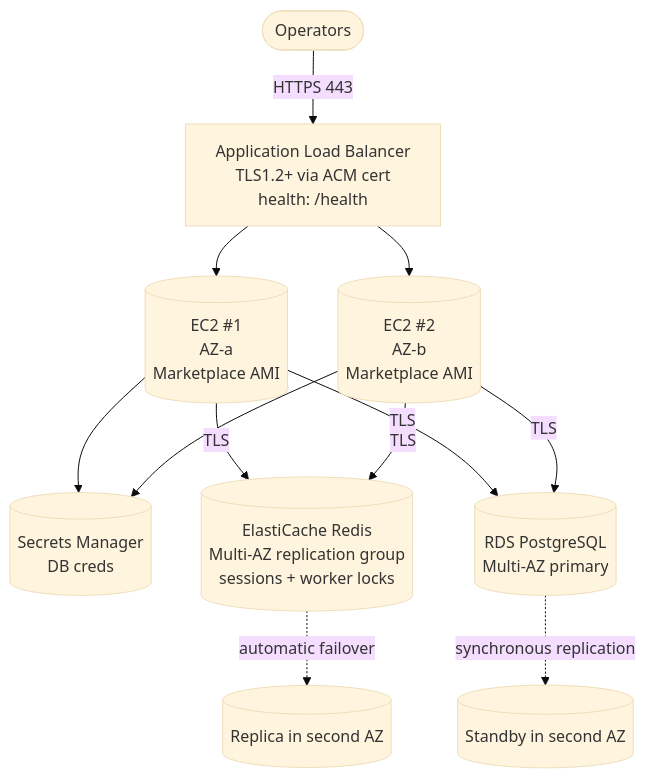
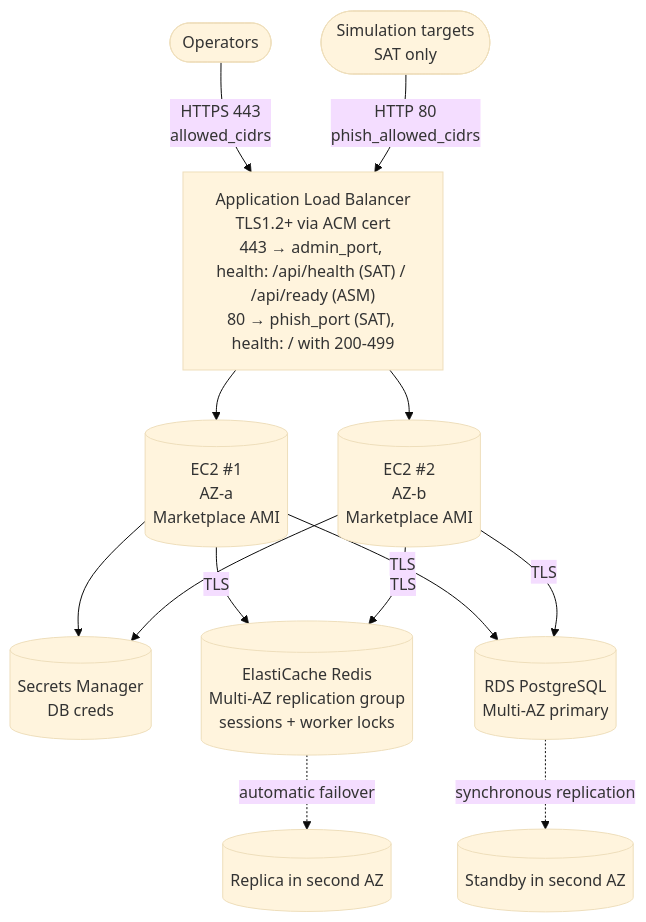
Before and after one commit to HailBytes/hailbytes-terraform-modules: the diagram in modules/ha-hot-hot/aws/README.md, drawn with Mermaid (base theme). The commit also changed other lines of this file and 29 other files, not shown here.

First line of the commit message:
feat: give SAT a phishing frontend on every tier, and fix the AWS HA admin hop (#95)

````diff
--- a/modules/ha-hot-hot/aws/README.md
+++ b/modules/ha-hot-hot/aws/README.md
@@ -10,14 +10,15 @@
 ```mermaid
 flowchart TB
-    User([Operators]) -->|HTTPS 443| ALB[Application Load Balancer<br/>TLS1.2+ via ACM cert<br/>health: /health]
+    User([Operators]) -->|"HTTPS 443<br/>allowed_cidrs"| ALB["Application Load Balancer<br/>TLS1.2+ via ACM cert<br/>443 → admin_port, health: /api/health (SAT) / /api/ready (ASM)<br/>80 → phish_port (SAT), health: / with 200-499"]
+    Target([Simulation targets<br/>SAT only]) -->|"HTTP 80<br/>phish_allowed_cidrs"| ALB
     ALB --> VM1[(EC2 #1<br/>AZ-a<br/>Marketplace AMI)]
     ALB --> VM2[(EC2 #2<br/>AZ-b<br/>Marketplace AMI)]
     VM1 --> SM[(Secrets Manager<br/>DB creds)]
     VM2 --> SM
     VM1 -->|TLS| RDS[(ElastiCache Redis<br/>Multi-AZ replication group<br/>sessions + worker locks)]
     VM2 -->|TLS| RDS
     VM1 -->|TLS| DB[(RDS PostgreSQL<br/>Multi-AZ primary)]
     VM2 -->|TLS| DB
     DB -.synchronous replication.-> DBS[(Standby in second AZ)]
     RDS -.automatic failover.-> RDSS[(Replica in second AZ)]
 ```
````
